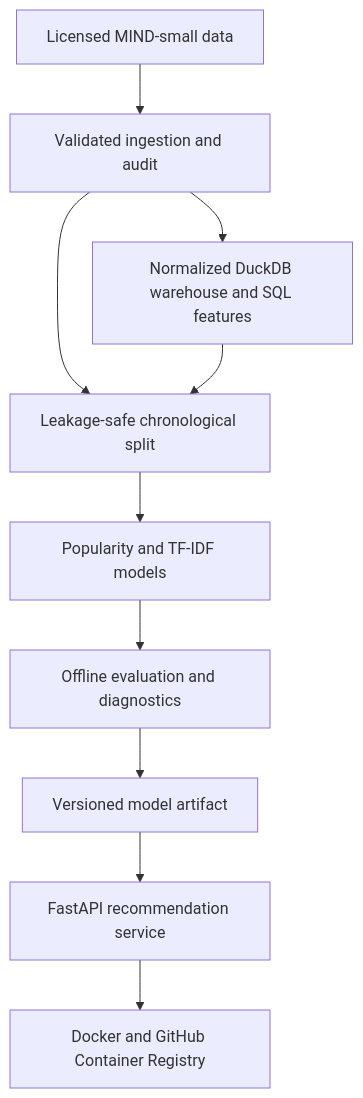
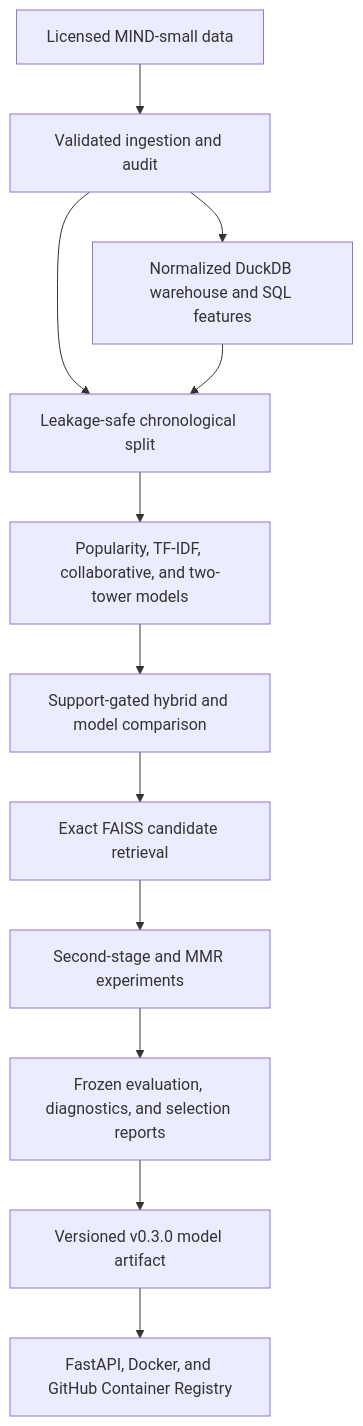
The diagram in README.md (triasha72/NewsLens), drawn with Mermaid before and after one commit. The commit also changed other lines of this file and 1 other file, not shown here.

````diff
--- a/README.md
+++ b/README.md
@@ -55,12 +74,14 @@
 ```mermaid
 flowchart TD
     A["Licensed MIND-small data"] --> B["Validated ingestion and audit"]
     B --> C["Normalized DuckDB warehouse and SQL features"]
     B --> D["Leakage-safe chronological split"]
     C --> D
-    D --> E["Popularity and TF-IDF models"]
-    E --> F["Offline evaluation and diagnostics"]
-    F --> G["Versioned model artifact"]
-    G --> H["FastAPI recommendation service"]
-    H --> I["Docker and GitHub Container Registry"]
+    D --> E["Popularity, TF-IDF, collaborative, and two-tower models"]
+    E --> F["Support-gated hybrid and model comparison"]
+    F --> G["Exact FAISS candidate retrieval"]
+    G --> H["Second-stage and MMR experiments"]
+    H --> I["Frozen evaluation, diagnostics, and selection reports"]
+    I --> J["Versioned v0.3.0 model artifact"]
+    J --> K["FastAPI, Docker, and GitHub Container Registry"]
 ```
````
